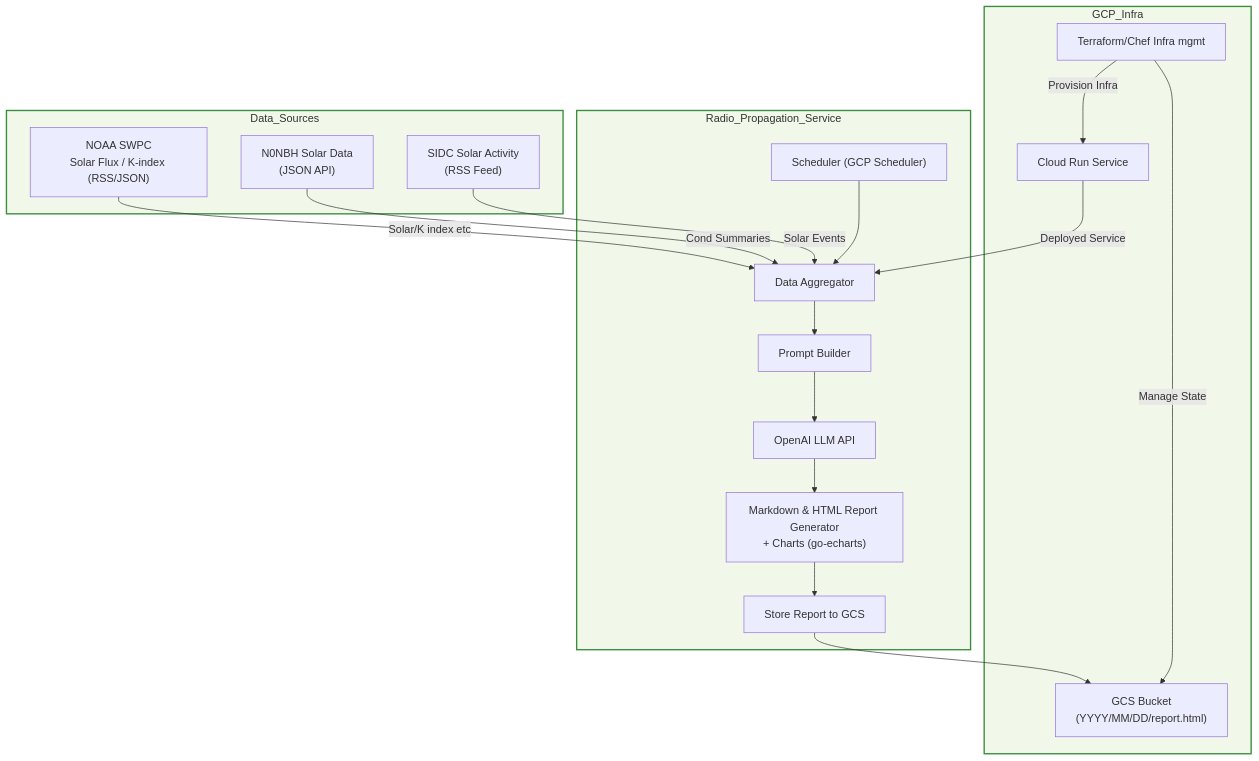
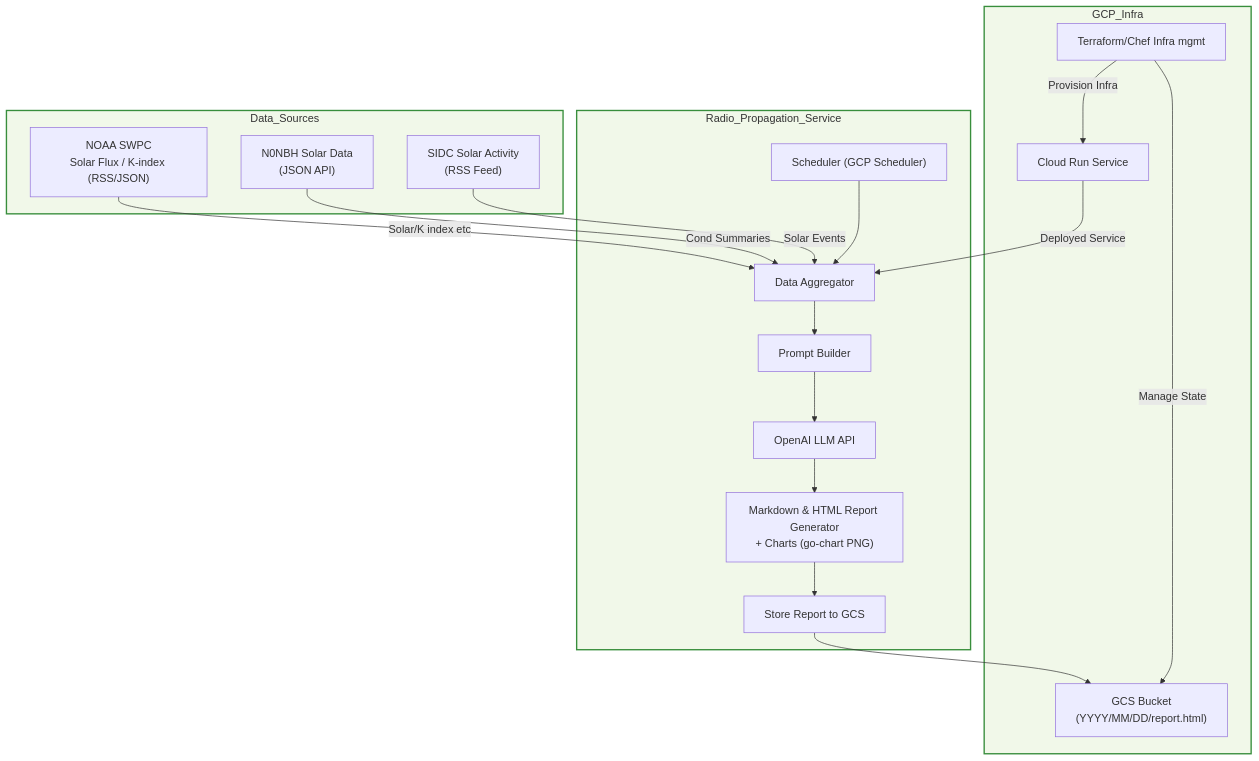
The first of 4 diagrams in Specification.md (vpoluyaktov/radiocast), drawn with Mermaid before and after one commit. The commit also changed other lines of this file, not shown here.

First line of the commit message:
docs: remove all go-echarts references and fix chart descriptions

````diff
--- a/Specification.md
+++ b/Specification.md
@@ -41,41 +41,41 @@
 ```mermaid
 flowchart TB
   subgraph Data_Sources
     SWPC["NOAA SWPC<br>Solar Flux / K-index (RSS/JSON)"]
     N0NBH["N0NBH Solar Data<br>(JSON API)"]
     SIDC["SIDC Solar Activity<br>(RSS Feed)"]
   end
 
   subgraph Radio_Propagation_Service
     Sched["Scheduler (GCP Scheduler)"]
     Fetch["Data Aggregator"]
     GenPrompt["Prompt Builder"]
     OpenAI["OpenAI LLM API"]
-    ReportGen["Markdown & HTML Report Generator<br>+ Charts (go-echarts)"]
+    ReportGen["Markdown & HTML Report Generator<br>+ Charts (go-chart PNG)"]
     Store["Store Report to GCS"]
   end
 
   subgraph GCP_Infra
     CloudRun["Cloud Run Service"]
     GCS["GCS Bucket<br>(YYYY/MM/DD/report.html)"]
     TerraformChef["Terraform/Chef Infra mgmt"]
   end
 
   SWPC -- "Solar/K index etc" --> Fetch
   N0NBH -- "Cond Summaries" --> Fetch
   SIDC -- "Solar Events" --> Fetch
 
   Sched --> Fetch
   Fetch --> GenPrompt
   GenPrompt --> OpenAI
   OpenAI --> ReportGen
   ReportGen --> Store
   Store --> GCS
 
   CloudRun -- "Deployed Service" --> Fetch
   TerraformChef -- "Provision Infra" --> CloudRun
   TerraformChef -- "Manage State" --> GCS
 
   class Data_Sources,Radio_Propagation_Service,GCP_Infra section
   classDef section fill:#f1f8e9,stroke:#388e3c,stroke-width:2px
 ```
````
